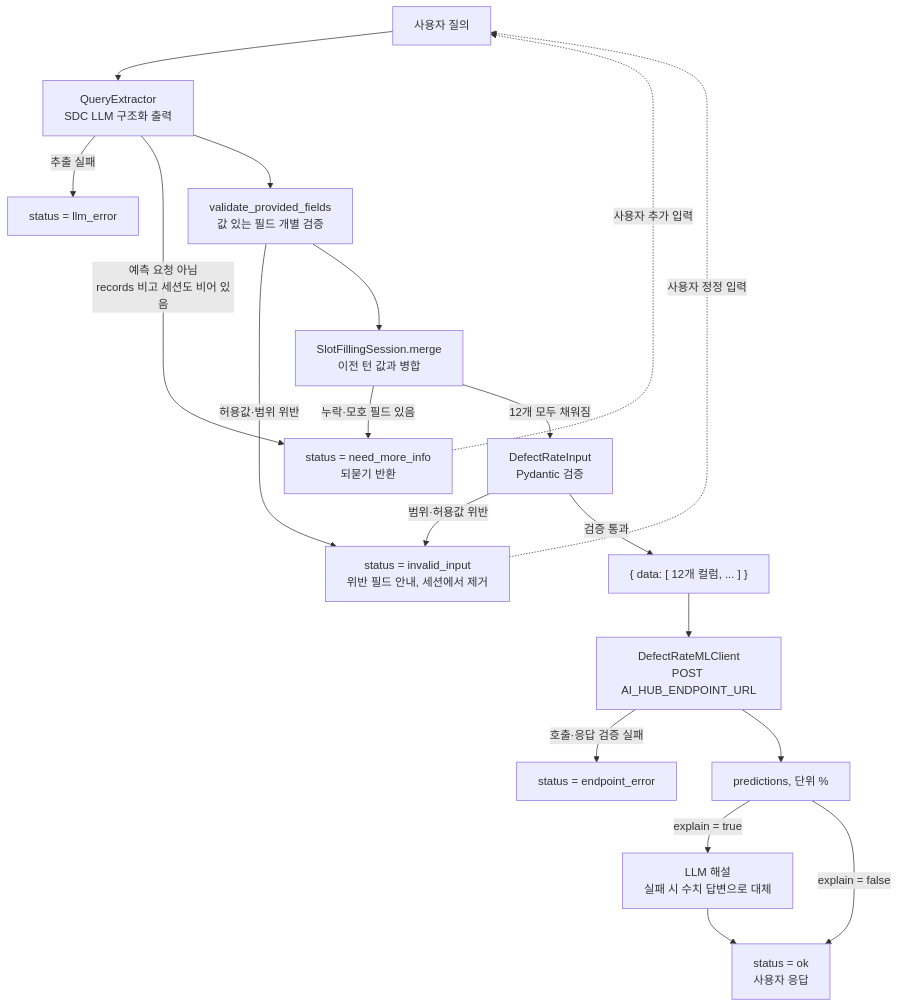
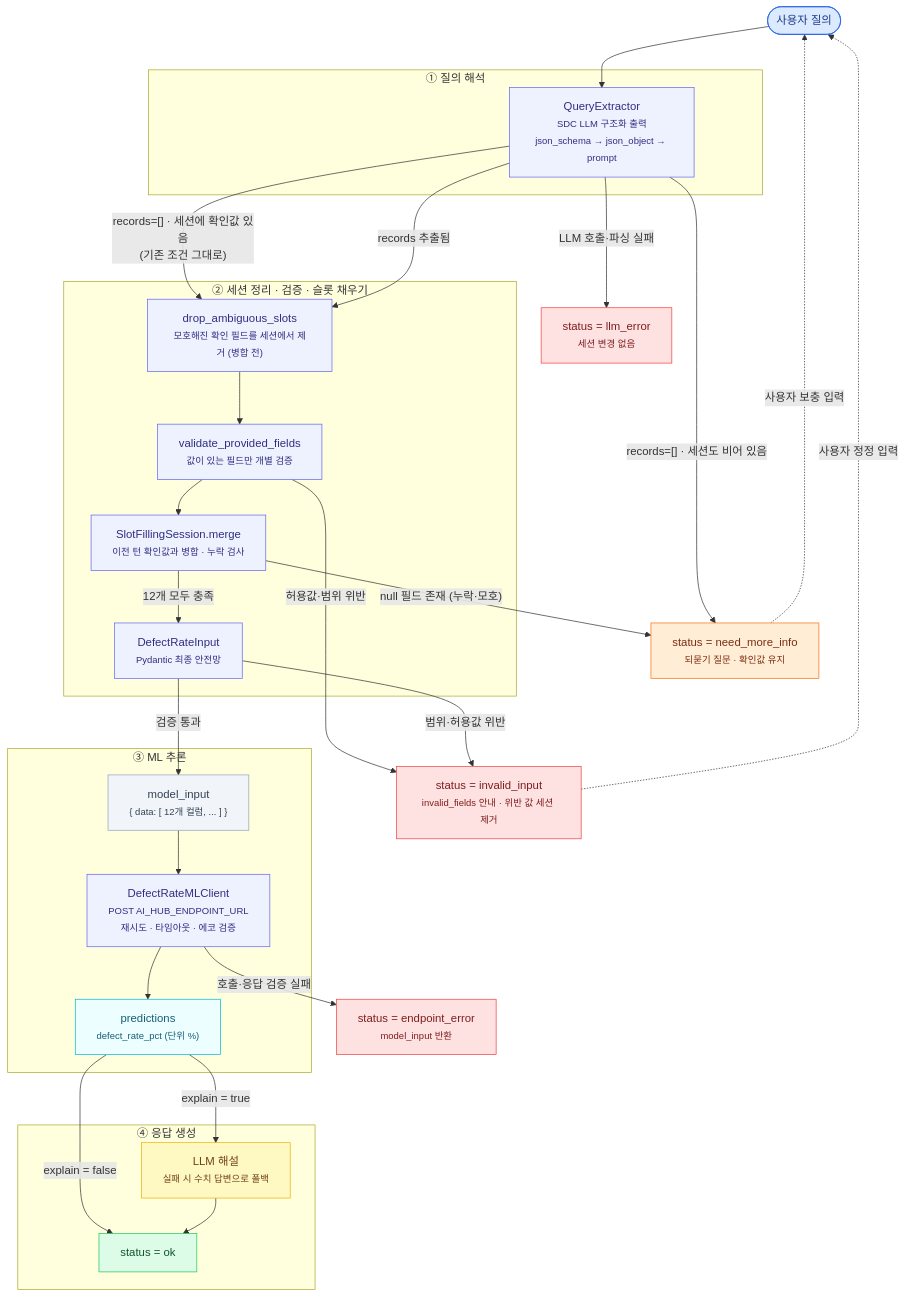
The diagram in AIHUB/docs/architecture.md (jiyunwoo02/2026_SIEMENS), drawn with Mermaid before and after one commit. The commit also changed other lines of this file and 12 other files, not shown here.

````diff
--- a/AIHUB/docs/architecture.md
+++ b/AIHUB/docs/architecture.md
@@ -48,21 +92,59 @@
 ```mermaid
 flowchart TD
-    A[사용자 질의] --> B[QueryExtractor<br/>SDC LLM 구조화 출력]
-    B -->|추출 실패| L[status = llm_error]
-    B -->|예측 요청 아님<br/>records 비고 세션도 비어 있음| D
-    B --> V[validate_provided_fields<br/>값 있는 필드 개별 검증]
+    A([사용자 질의]):::start
+
+    subgraph S1["① 질의 해석"]
+        B["QueryExtractor<br/><small>SDC LLM 구조화 출력<br/>json_schema → json_object → prompt</small>"]:::proc
+    end
+
+    subgraph S2["② 세션 정리 · 검증 · 슬롯 채우기"]
+        R["drop_ambiguous_slots<br/><small>모호해진 확인 필드를 세션에서 제거 (병합 전)</small>"]:::proc
+        V["validate_provided_fields<br/><small>값이 있는 필드만 개별 검증</small>"]:::proc
+        M["SlotFillingSession.merge<br/><small>이전 턴 확인값과 병합 · 누락 검사</small>"]:::proc
+        C["DefectRateInput<br/><small>Pydantic 최종 안전망</small>"]:::proc
+    end
+
+    subgraph S3["③ ML 추론"]
+        F["model_input<br/><small>{ data: [ 12개 컬럼, ... ] }</small>"]:::data
+        G["DefectRateMLClient<br/><small>POST AI_HUB_ENDPOINT_URL<br/>재시도 · 타임아웃 · 에코 검증</small>"]:::proc
+        H["predictions<br/><small>defect_rate_pct (단위 %)</small>"]:::out
+    end
+
+    subgraph S4["④ 응답 생성"]
+        I["LLM 해설<br/><small>실패 시 수치 답변으로 폴백</small>"]:::opt
+        J["status = ok"]:::ok
+    end
+
+    A --> B
+    B -->|LLM 호출·파싱 실패| L["status = llm_error<br/><small>세션 변경 없음</small>"]:::err
+    B -->|"records=[] · 세션도 비어 있음"| D
+    B -->|"records=[] · 세션에 확인값 있음<br/>(기존 조건 그대로)"| R
+    B -->|records 추출됨| R
+
+    R --> V
     V -->|허용값·범위 위반| E
-    V --> M[SlotFillingSession.merge<br/>이전 턴 값과 병합]
-    M -->|누락·모호 필드 있음| D[status = need_more_info<br/>되묻기 반환]
-    M -->|12개 모두 채워짐| C[DefectRateInput<br/>Pydantic 검증]
-    C -->|범위·허용값 위반| E[status = invalid_input<br/>위반 필드 안내, 세션에서 제거]
-    C -->|검증 통과| F["{ data: [ 12개 컬럼, ... ] }"]
-    F --> G[DefectRateMLClient<br/>POST AI_HUB_ENDPOINT_URL]
-    G -->|호출·응답 검증 실패| X[status = endpoint_error]
-    G --> H[predictions, 단위 %]
-    H -->|explain = true| I[LLM 해설<br/>실패 시 수치 답변으로 대체]
+    V --> M
+    M -->|"null 필드 존재 (누락·모호)"| D["status = need_more_info<br/><small>되묻기 질문 · 확인값 유지</small>"]:::warn
+    M -->|12개 모두 충족| C
+    C -->|범위·허용값 위반| E["status = invalid_input<br/><small>invalid_fields 안내 · 위반 값 세션 제거</small>"]:::err
+    C -->|검증 통과| F
+
+    F --> G
+    G -->|호출·응답 검증 실패| X["status = endpoint_error<br/><small>model_input 반환</small>"]:::err
+    G --> H
+    H -->|explain = true| I
     H -->|explain = false| J
-    I --> J[status = ok<br/>사용자 응답]
-    D -.사용자 추가 입력.-> A
+    I --> J
+
+    D -.사용자 보충 입력.-> A
     E -.사용자 정정 입력.-> A
+
+    classDef start fill:#dbeafe,stroke:#2563eb,color:#1e3a8a
+    classDef proc  fill:#eef2ff,stroke:#6366f1,color:#312e81
+    classDef data  fill:#f1f5f9,stroke:#94a3b8,color:#334155
+    classDef out   fill:#ecfeff,stroke:#06b6d4,color:#155e75
+    classDef opt   fill:#fef9c3,stroke:#eab308,color:#713f12
+    classDef ok    fill:#dcfce7,stroke:#22c55e,color:#14532d
+    classDef err   fill:#fee2e2,stroke:#ef4444,color:#7f1d1d
+    classDef warn  fill:#ffedd5,stroke:#f97316,color:#7c2d12
 ```
````
